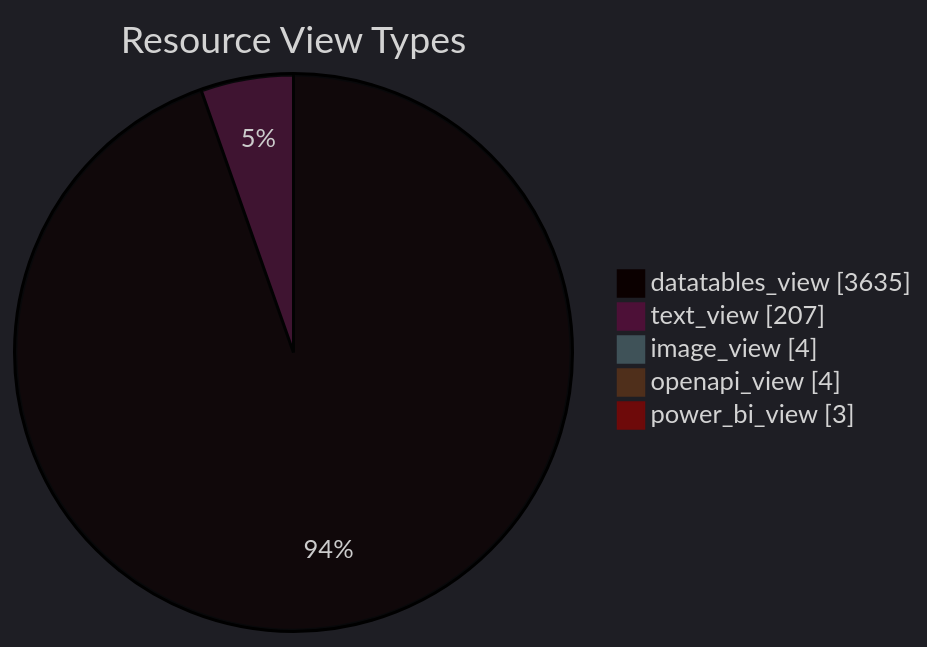
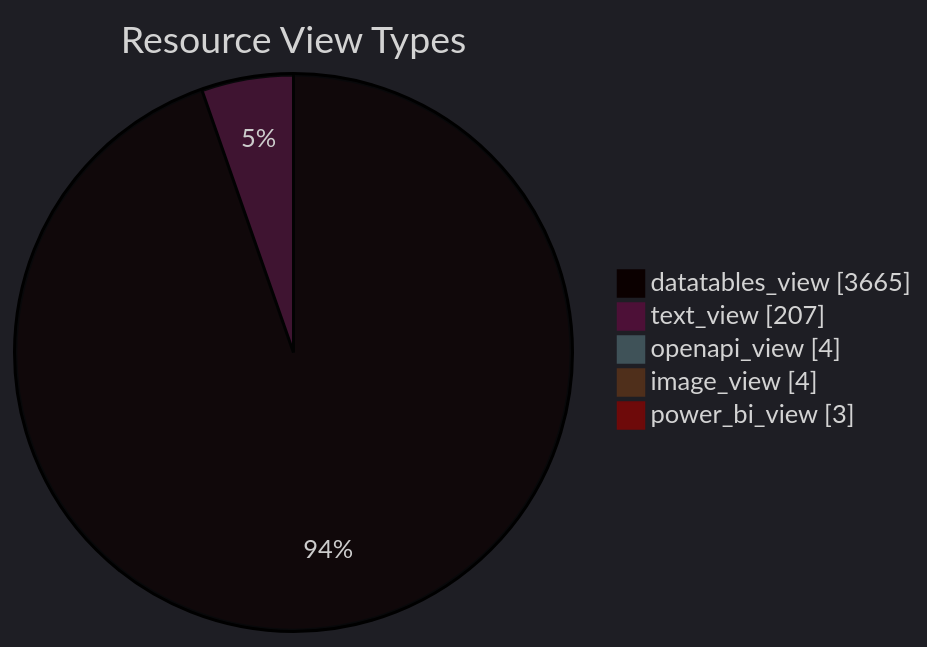
The diagram in datastore_tracker/resource_view_types_pie_chart.md (open-data/analytics-corporate-reporting), drawn with Mermaid before and after one commit. The commit also changed 9 other files, not shown here.

````diff
--- a/datastore_tracker/resource_view_types_pie_chart.md
+++ b/datastore_tracker/resource_view_types_pie_chart.md
@@ -2,12 +2,12 @@
 ```mermaid
 ---
 config:
   theme: dark
 ---
 pie showData title Resource View Types
-    "datatables_view": 3635
+    "datatables_view": 3665
     "text_view": 207
+    "openapi_view": 4
     "image_view": 4
-    "openapi_view": 4
     "power_bi_view": 3
 ```
````
